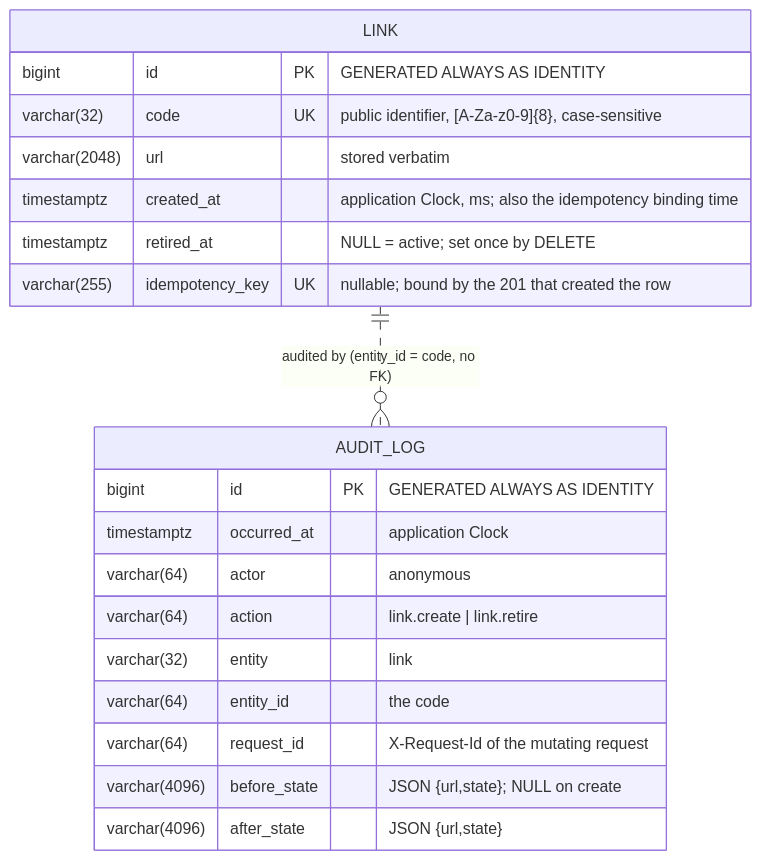
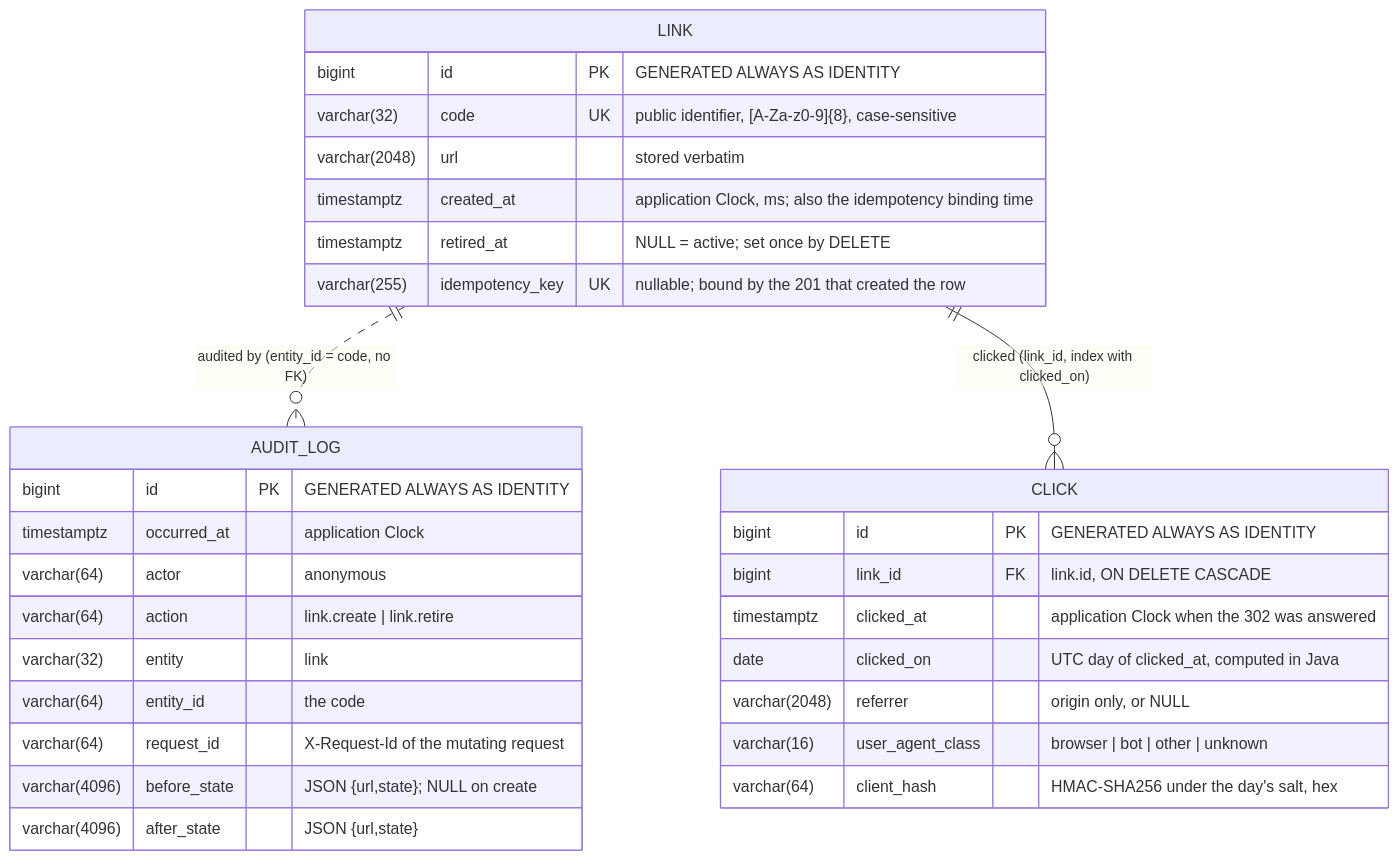
One commit to aurbanow1/url-shortener-agentic-sdlc changed the diagram in docs/diagrams/erd.mmd. Above: the diagram before and after it, drawn with Mermaid. The commit also changed 11 other files, not shown here.

First line of the commit message:
docs(02-analytics): design

```diff
--- a/docs/diagrams/erd.mmd
+++ b/docs/diagrams/erd.mmd
@@ -1,24 +1,34 @@
-%% urlshort — entity relationship diagram (kept current by the Design Agent; last: 01-create-redirect design, V1)
-%% No foreign key between the tables by design: audit_log identifies its subject by (entity, entity_id = code)
-%% and must outlive any future deletion of the subject (ADR-0008).
+%% urlshort — entity relationship diagram (kept current by the Design Agent; last: 02-analytics design, V2)
+%% No foreign key between link and audit_log by design: audit_log identifies its subject by (entity, entity_id = code)
+%% and must outlive any future deletion of the subject (ADR-0008). click references link by id and goes with it (ADR-0013).
 erDiagram
     LINK {
         bigint id PK "GENERATED ALWAYS AS IDENTITY"
         varchar(32) code UK "public identifier, [A-Za-z0-9]{8}, case-sensitive"
         varchar(2048) url "stored verbatim"
         timestamptz created_at "application Clock, ms; also the idempotency binding time"
         timestamptz retired_at "NULL = active; set once by DELETE"
         varchar(255) idempotency_key UK "nullable; bound by the 201 that created the row"
     }
     AUDIT_LOG {
         bigint id PK "GENERATED ALWAYS AS IDENTITY"
         timestamptz occurred_at "application Clock"
         varchar(64) actor "anonymous"
         varchar(64) action "link.create | link.retire"
         varchar(32) entity "link"
         varchar(64) entity_id "the code"
         varchar(64) request_id "X-Request-Id of the mutating request"
         varchar(4096) before_state "JSON {url,state}; NULL on create"
         varchar(4096) after_state "JSON {url,state}"
     }
+    CLICK {
+        bigint id PK "GENERATED ALWAYS AS IDENTITY"
+        bigint link_id FK "link.id, ON DELETE CASCADE"
+        timestamptz clicked_at "application Clock when the 302 was answered"
+        date clicked_on "UTC day of clicked_at, computed in Java"
+        varchar(2048) referrer "origin only, or NULL"
+        varchar(16) user_agent_class "browser | bot | other | unknown"
+        varchar(64) client_hash "HMAC-SHA256 under the day's salt, hex"
+    }
     LINK ||..o{ AUDIT_LOG : "audited by (entity_id = code, no FK)"
+    LINK ||--o{ CLICK : "clicked (link_id, index with clicked_on)"
```
